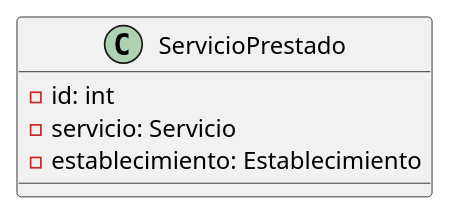
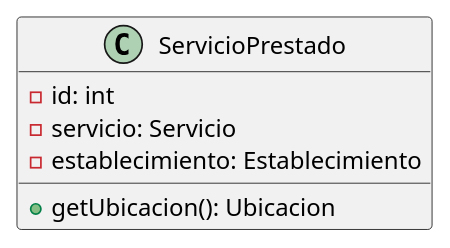
Before and after one commit to mbertogliati/dds-tpa: the diagram in DC/E3/domain/servicios/ServicioPrestado.puml, drawn with PlantUML. The commit also changed 69 other files, not shown here.

Commit message:
Completo la estructura de (casi) todas las clases en el diagrama de clases (ver E3_COMPLETO.puml). Agregue tambien varios TODO con cosas para decidir.

```diff
--- a/DC/E3/domain/servicios/ServicioPrestado.puml
+++ b/DC/E3/domain/servicios/ServicioPrestado.puml
@@ -1,10 +1,12 @@
 @startuml
 'https://plantuml.com/class-diagram
 
 class ServicioPrestado{
     -id: int
     -servicio: Servicio
     -establecimiento: Establecimiento
+
+    +getUbicacion(): Ubicacion
 }
 
 @enduml
```
